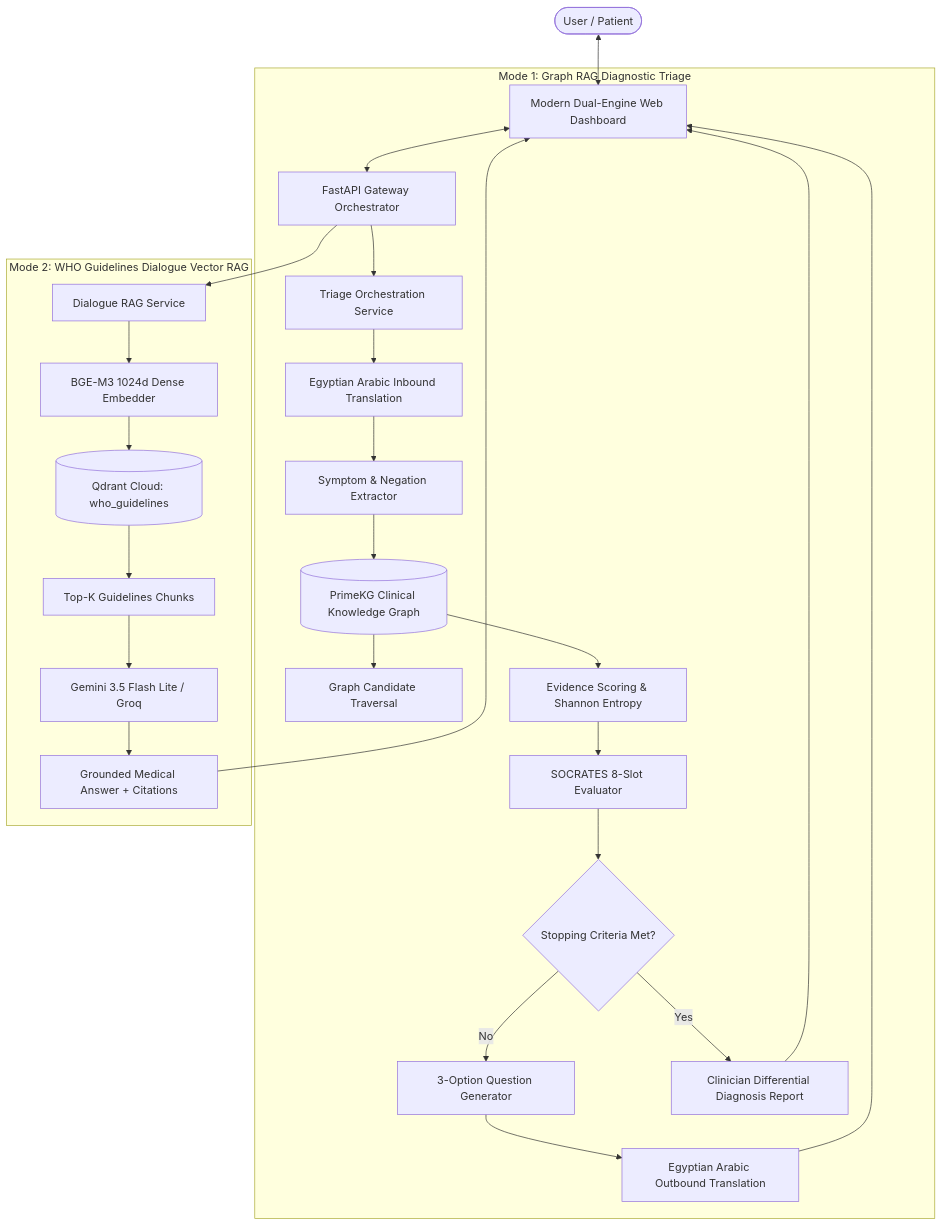
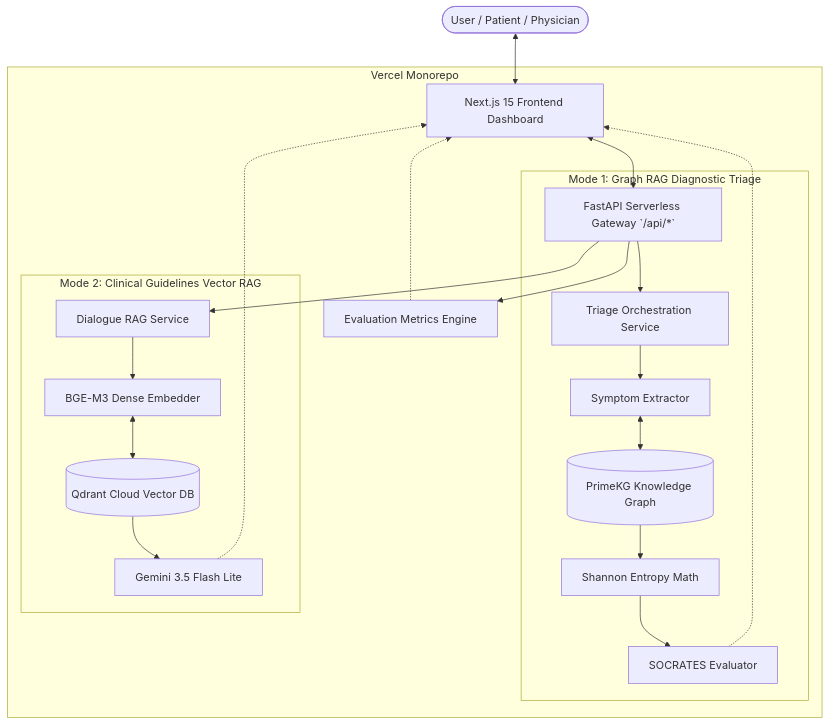
The diagram in README.md (ahmednashatnoaman-svg/CareFlow-Medical-AI), drawn with Mermaid before and after one commit. The commit also changed other lines of this file and 39 other files, not shown here.

Commit message:
feat: Add full monolithic Next.js/FastAPI UI, evaluation dashboards, and WHO RAG deployment architectures

````diff
--- a/README.md
+++ b/README.md
@@ -17,31 +20,29 @@
 ```mermaid
 graph TD
-    User([User / Patient]) <--> UI[Modern Dual-Engine Web Dashboard]
-    UI <--> API[FastAPI Gateway Orchestrator]
+    User([User / Patient / Physician]) <--> NextUI[Next.js 15 Frontend Dashboard]
     
-    subgraph Mode 1: Graph RAG Diagnostic Triage
-        API --> TriageSvc[Triage Orchestration Service]
-        TriageSvc --> TransIn[Egyptian Arabic Inbound Translation]
-        TransIn --> Extractor[Symptom & Negation Extractor]
-        Extractor --> PrimeKG[(PrimeKG Clinical Knowledge Graph)]
-        PrimeKG --> Traversal[Graph Candidate Traversal]
-        PrimeKG --> Heuristic[Evidence Scoring & Shannon Entropy]
-        Heuristic --> SocratesEngine[SOCRATES 8-Slot Evaluator]
-        SocratesEngine --> StopCheck{Stopping Criteria Met?}
-        StopCheck -- No --> QuestionGen[3-Option Question Generator]
-        QuestionGen --> TransOut[Egyptian Arabic Outbound Translation]
-        TransOut --> UI
-        StopCheck -- Yes --> DoctorReport[Clinician Differential Diagnosis Report]
-        DoctorReport --> UI
+    subgraph Vercel Monorepo
+        NextUI <--> API[FastAPI Serverless Gateway `/api/*`]
+        
+        API --> EvalEngine[Evaluation Metrics Engine]
+        
+        subgraph Mode 1: Graph RAG Diagnostic Triage
+            API --> TriageSvc[Triage Orchestration Service]
+            TriageSvc --> Extractor[Symptom Extractor]
+            Extractor <--> PrimeKG[(PrimeKG Knowledge Graph)]
+            PrimeKG --> Heuristic[Shannon Entropy Math]
+            Heuristic --> Socrates[SOCRATES Evaluator]
+        end
+        
+        subgraph Mode 2: Clinical Guidelines Vector RAG
+            API --> DialogueSvc[Dialogue RAG Service]
+            DialogueSvc --> BGE[BGE-M3 Dense Embedder]
+            BGE <--> Qdrant[(Qdrant Cloud Vector DB)]
+            Qdrant --> LLM[Gemini 3.5 Flash Lite]
+        end
     end
     
-    subgraph Mode 2: WHO Guidelines Dialogue Vector RAG
-        API --> DialogueSvc[Dialogue RAG Service]
-        DialogueSvc --> BGE[BGE-M3 1024d Dense Embedder]
-        BGE --> Qdrant[(Qdrant Cloud: who_guidelines)]
-        Qdrant --> Retrieval[Top-K Guidelines Chunks]
-        Retrieval --> LLM2[Gemini 3.5 Flash Lite / Groq]
-        LLM2 --> GroundedAnswer[Grounded Medical Answer + Citations]
-        GroundedAnswer --> UI
-    end
+    EvalEngine -.-> NextUI
+    LLM -.-> NextUI
+    Socrates -.-> NextUI
 ```
````
